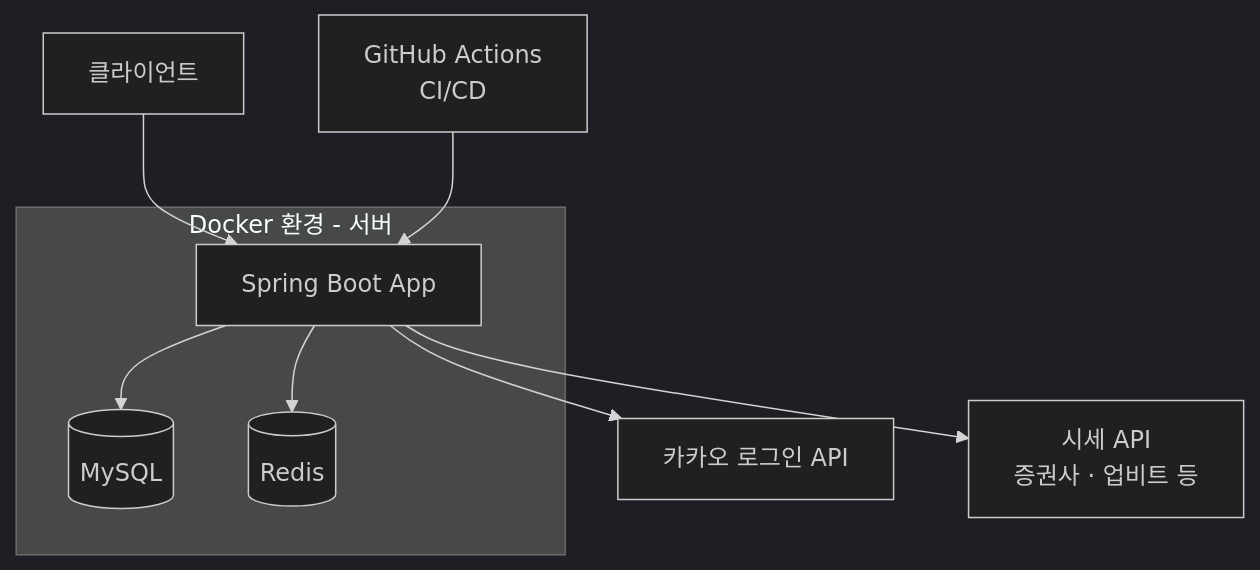
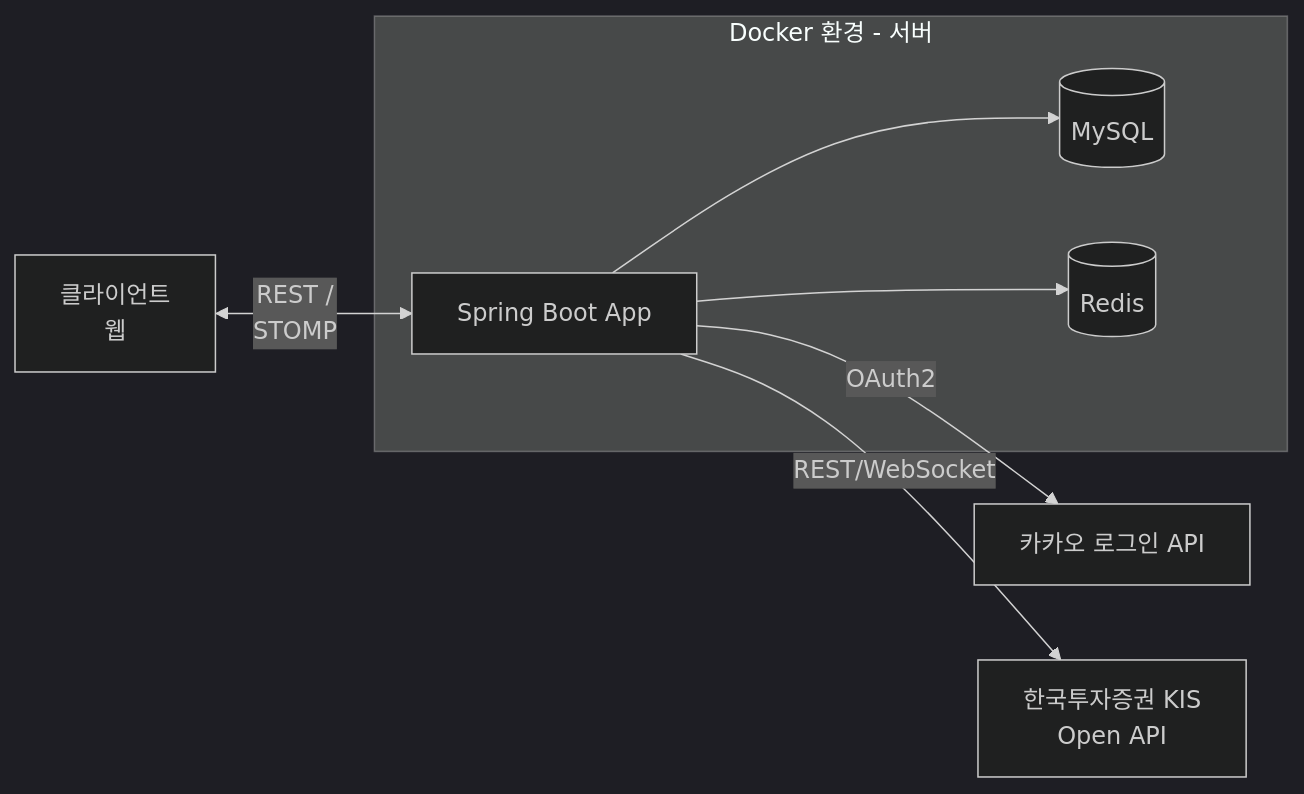
One commit to TockTalks/ureca_TockTalks changed the second of 2 diagrams in README.md. Above: the diagram before and after it, drawn with Mermaid (dark theme). The commit also changed other lines of this file, not shown here.

````diff
--- a/README.md
+++ b/README.md
@@ -73,14 +71,12 @@
 ```mermaid
-flowchart TD
-    Client[클라이언트] --> App
-    CI[GitHub Actions<br/>CI/CD] --> App
+flowchart LR
+    Client[클라이언트<br/>웹] <-- REST /<br/>STOMP --> App[Spring Boot App]
 
     subgraph Docker[Docker 환경 - 서버]
-        App[Spring Boot App]
         App --> MySQL[(MySQL)]
         App --> Redis[(Redis)]
     end
 
-    App --> Kakao[카카오 로그인 API]
-    App --> StockAPI[시세 API<br/>증권사 · 업비트 등]
+    App -- OAuth2 --> Kakao[카카오 로그인 API]
+    App -- REST/WebSocket --> KIS[한국투자증권 KIS<br/>Open API]
 ```
````
